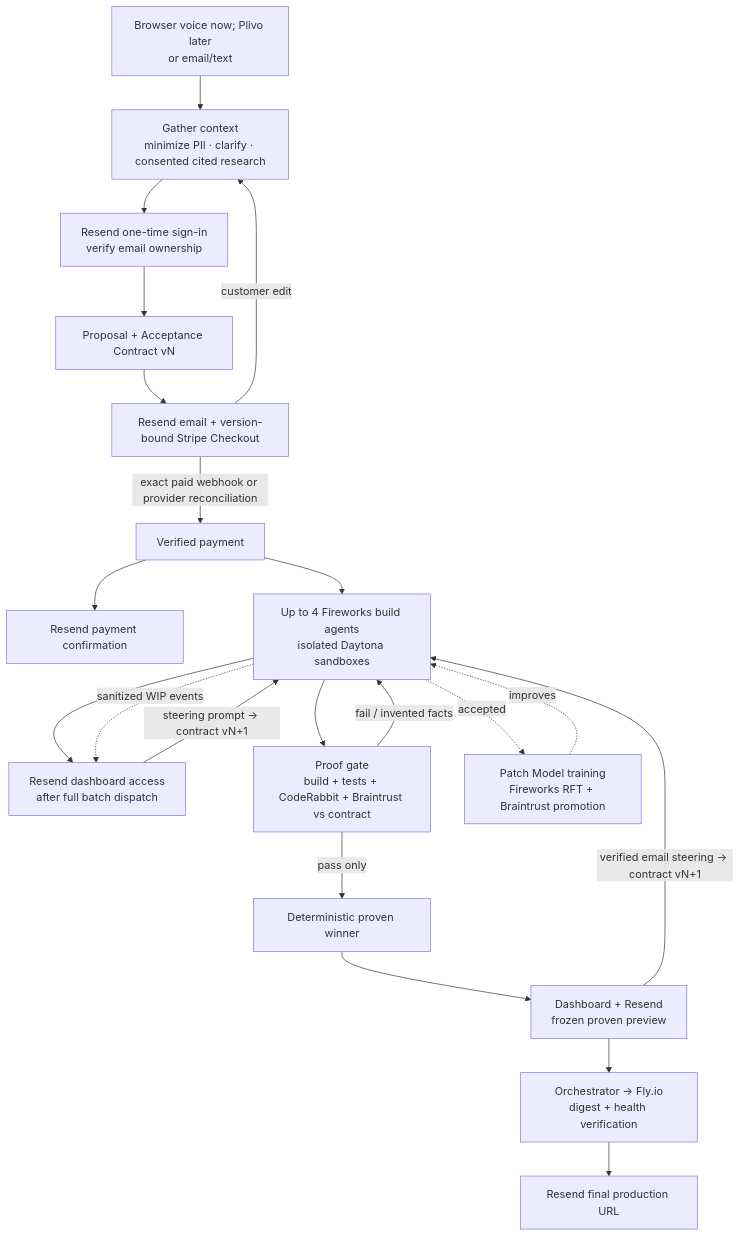
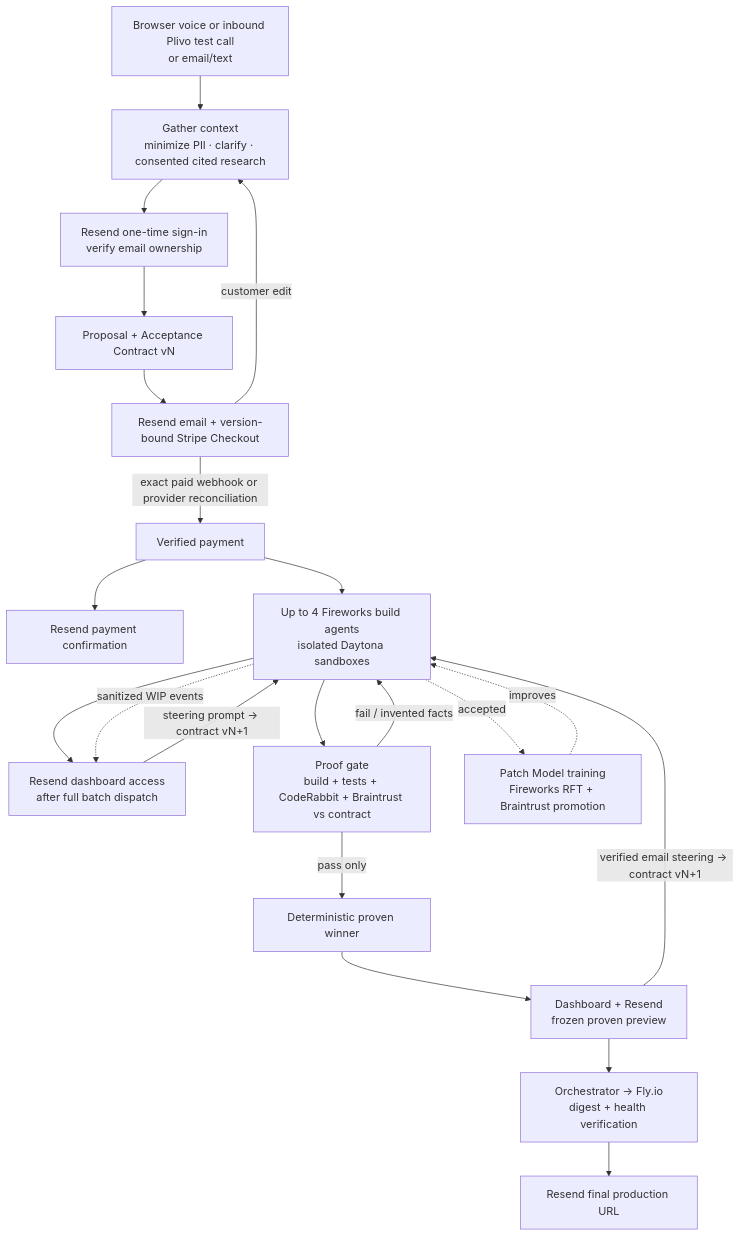
One commit to Developer668/BuildLabs changed the diagram in README.md. Above: the diagram before and after it, drawn with Mermaid. The commit also changed other lines of this file and 226 other files, not shown here.

First line of the commit message:
Wire orchestration spine, dashboard, and voice browser/telephony intake

````diff
--- a/README.md
+++ b/README.md
@@ -72,23 +78,23 @@
 ```mermaid
 flowchart TD
-    Input["Browser voice now; Plivo later<br/>or email/text"] --> Context["Gather context<br/>minimize PII · clarify · consented cited research"]
+    Input["Browser voice or inbound Plivo test call<br/>or email/text"] --> Context["Gather context<br/>minimize PII · clarify · consented cited research"]
     Context --> Login["Resend one-time sign-in<br/>verify email ownership"]
     Login --> Proposal["Proposal + Acceptance Contract vN"]
     Proposal --> Mail["Resend email + version-bound Stripe Checkout"]
     Mail -->|customer edit| Context
     Mail -->|exact paid webhook or provider reconciliation| Paid["Verified payment"]
     Paid --> Confirmation["Resend payment confirmation"]
     Paid --> Slots["Up to 4 Fireworks build agents<br/>isolated Daytona sandboxes"]
     Slots --> Dashboard["Resend dashboard access<br/>after full batch dispatch"]
     Slots -.sanitized WIP events.-> Dashboard
     Slots --> Gate["Proof gate<br/>build + tests + CodeRabbit + Braintrust vs contract"]
     Gate -->|fail / invented facts| Slots
     Gate -->|pass only| Winner["Deterministic proven winner"]
     Winner --> Preview["Dashboard + Resend<br/>frozen proven preview"]
     Dashboard -->|steering prompt -> contract vN+1| Slots
     Preview -->|verified email steering -> contract vN+1| Slots
     Preview --> Deploy["Orchestrator → Fly.io<br/>digest + health verification"]
     Deploy --> Deliver["Resend final production URL"]
     Slots -.accepted.-> Train["Patch Model training<br/>Fireworks RFT + Braintrust promotion"]
     Train -.improves.-> Slots
 ```
````
